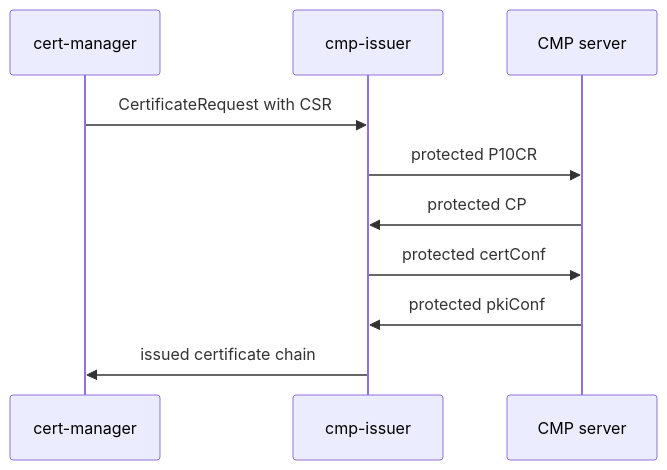
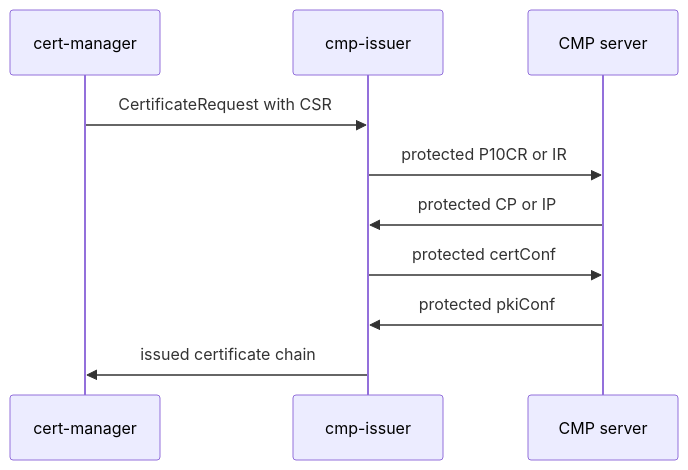
One commit to misiektoja/cmp-issuer changed the diagram in docs/guide/enrollment.md. Above: the diagram before and after it, drawn with Mermaid. The commit also changed other lines of this file and 13 other files, not shown here.

````diff
--- a/docs/guide/enrollment.md
+++ b/docs/guide/enrollment.md
@@ -7,12 +7,12 @@
 ```mermaid
 sequenceDiagram
   participant CM as cert-manager
   participant CI as cmp-issuer
   participant CA as CMP server
   CM->>CI: CertificateRequest with CSR
-  CI->>CA: protected P10CR
-  CA->>CI: protected CP
+  CI->>CA: protected P10CR or IR
+  CA->>CI: protected CP or IP
   CI->>CA: protected certConf
   CA->>CI: protected pkiConf
   CI->>CM: issued certificate chain
 ```
````
